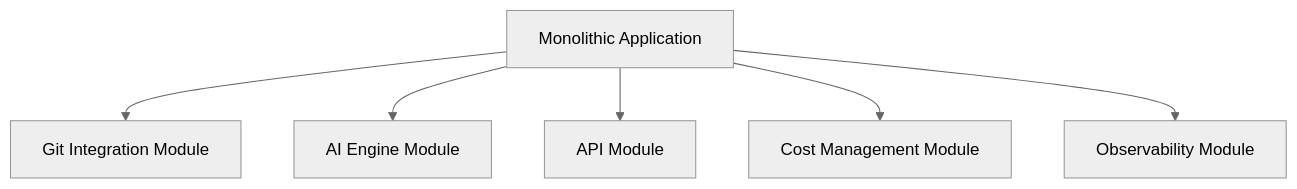
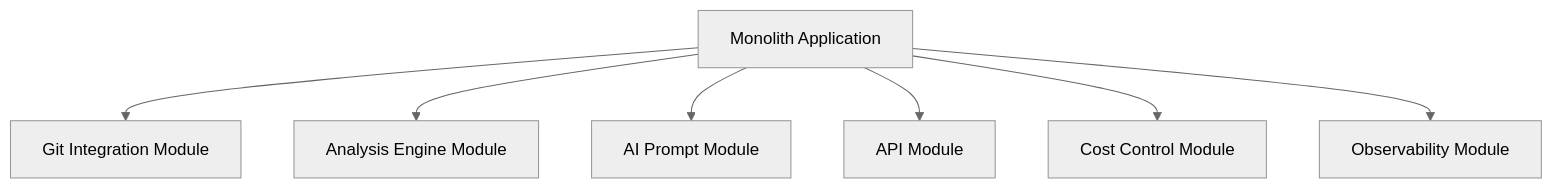
One commit to essancv/training changed the first of 5 diagrams in analysis/05_architectural_options.md. Above: the diagram before and after it, drawn with Mermaid (neutral theme). The commit also changed other lines of this file, not shown here.

Commit message:
Add initial analysis (2026-04-29T13:55:48.462069Z)

````diff
--- a/analysis/05_architectural_options.md
+++ b/analysis/05_architectural_options.md
@@ -11,8 +11,9 @@
 ```mermaid
 flowchart TD
-A[Monolithic Application] --> B[Git Integration Module]
-A --> C[AI Engine Module]
-A --> D[API Module]
-A --> E[Cost Management Module]
-A --> F[Observability Module]
+A[Monolith Application] --> B[Git Integration Module]
+A --> C[Analysis Engine Module]
+A --> D[AI Prompt Module]
+A --> E[API Module]
+A --> F[Cost Control Module]
+A --> G[Observability Module]
 ```
````
